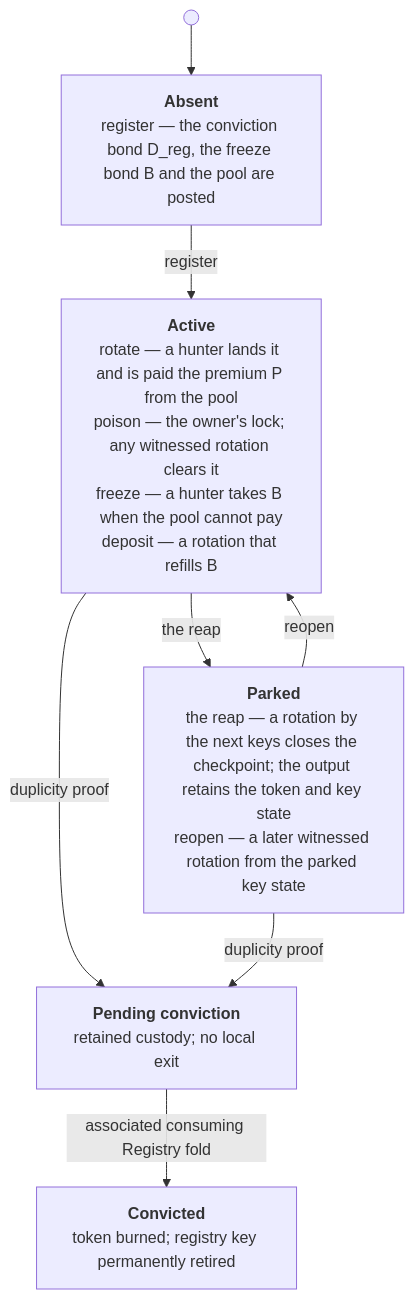
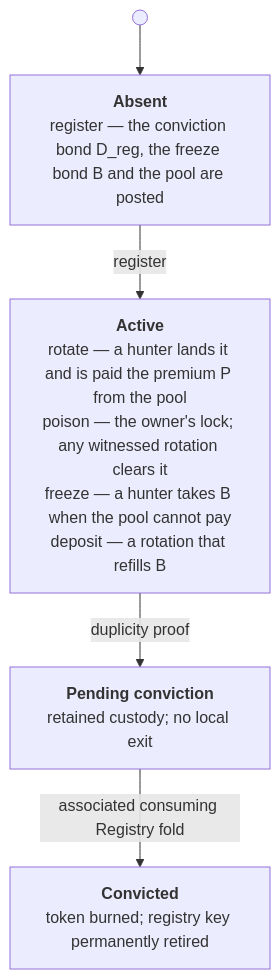
Before and after one commit to lambdasistemi/cardano-keri: the diagram in docs/design/words.md, drawn with Mermaid. The commit also changed other lines of this file and 51 other files, not shown here.

````diff
--- a/docs/design/words.md
+++ b/docs/design/words.md
@@ -17,10 +17,7 @@
 ```mermaid
 flowchart TB
     start(( )) --> Absent["<b>Absent</b><br/>register — the conviction bond D_reg, the freeze bond B and the pool are posted"]
     Absent -->|register| Active["<b>Active</b><br/>rotate — a hunter lands it and is paid the premium P from the pool<br/>poison — the owner's lock#59; any witnessed rotation clears it<br/>freeze — a hunter takes B when the pool cannot pay<br/>deposit — a rotation that refills B"]
-    Active -->|the reap| Parked["<b>Parked</b><br/>the reap — a rotation by the next keys closes the checkpoint#59; the output retains the token and key state<br/>reopen — a later witnessed rotation from the parked key state"]
-    Parked -->|reopen| Active
     Active -->|duplicity proof| Pending["<b>Pending conviction</b><br/>retained custody#59; no local exit"]
-    Parked -->|duplicity proof| Pending
     Pending -->|associated consuming Registry fold| Convicted["<b>Convicted</b><br/>token burned#59; registry key permanently retired"]
 ```
````
